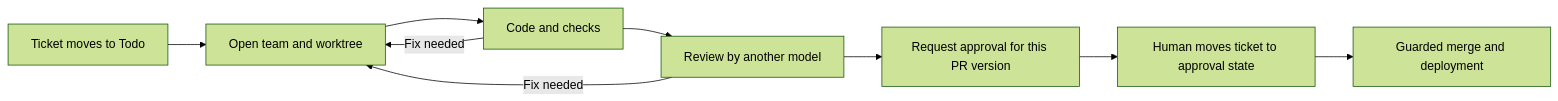
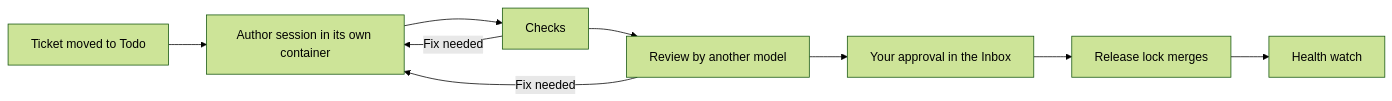
The diagram in README.md (Makhtar-s-Corp/cleared), drawn with Mermaid (forest theme) before and after one commit. The commit also changed other lines of this file and 5 other files, not shown here.

````diff
--- a/README.md
+++ b/README.md
@@ -15,11 +7,11 @@
 ```mermaid
 flowchart LR
-  A[Ticket moves to Todo] --> B[Open team and worktree]
-  B --> C[Code and checks]
+  A[Ticket moved to Todo] --> B[Author session in its own container]
+  B --> C[Checks]
   C --> D[Review by another model]
-  D --> E[Request approval for this PR version]
-  E --> F[Human moves ticket to approval state]
-  F --> G[Guarded merge and deployment]
+  D --> E[Your approval in the Inbox]
+  E --> F[Release lock merges]
+  F --> G[Health watch]
   C -->|Fix needed| B
   D -->|Fix needed| B
 ```
````
